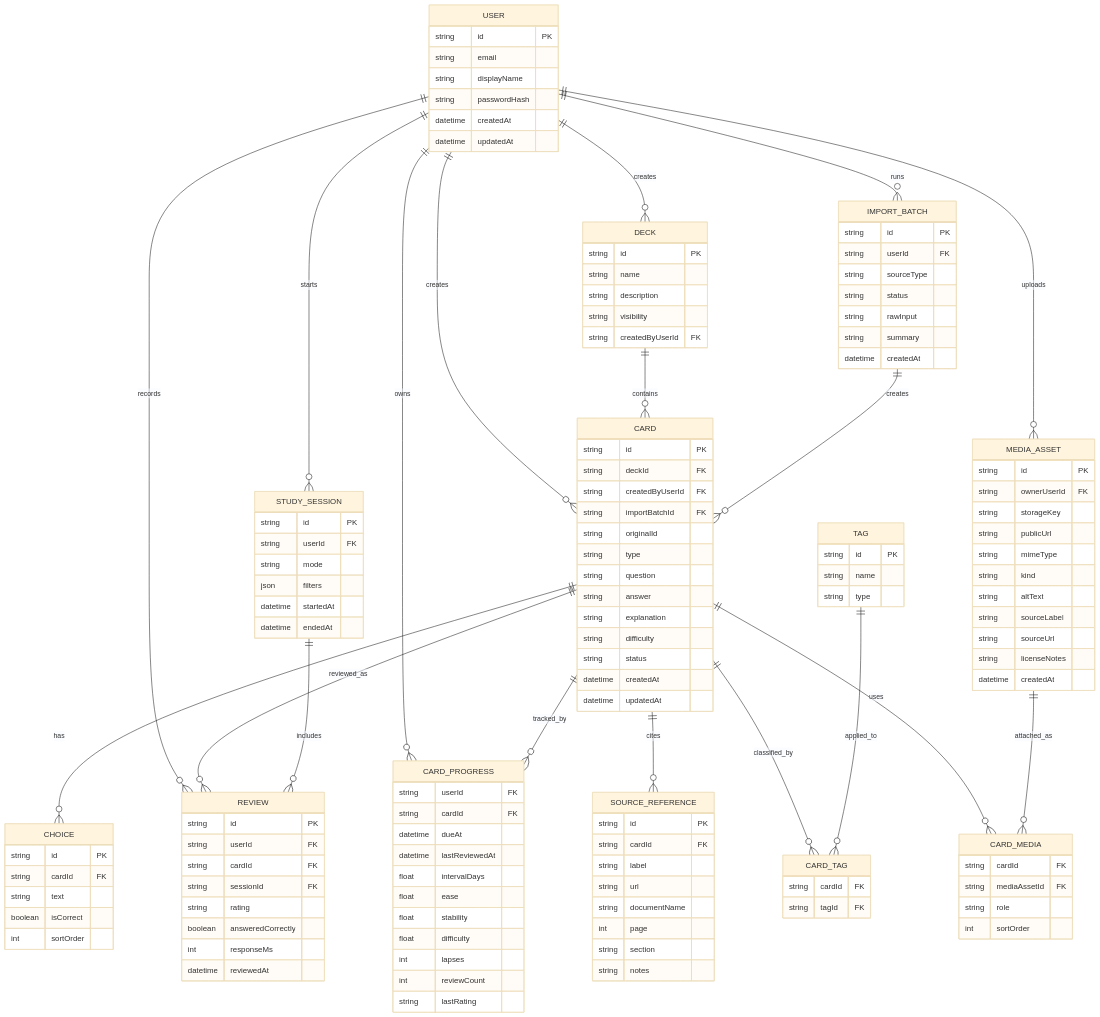
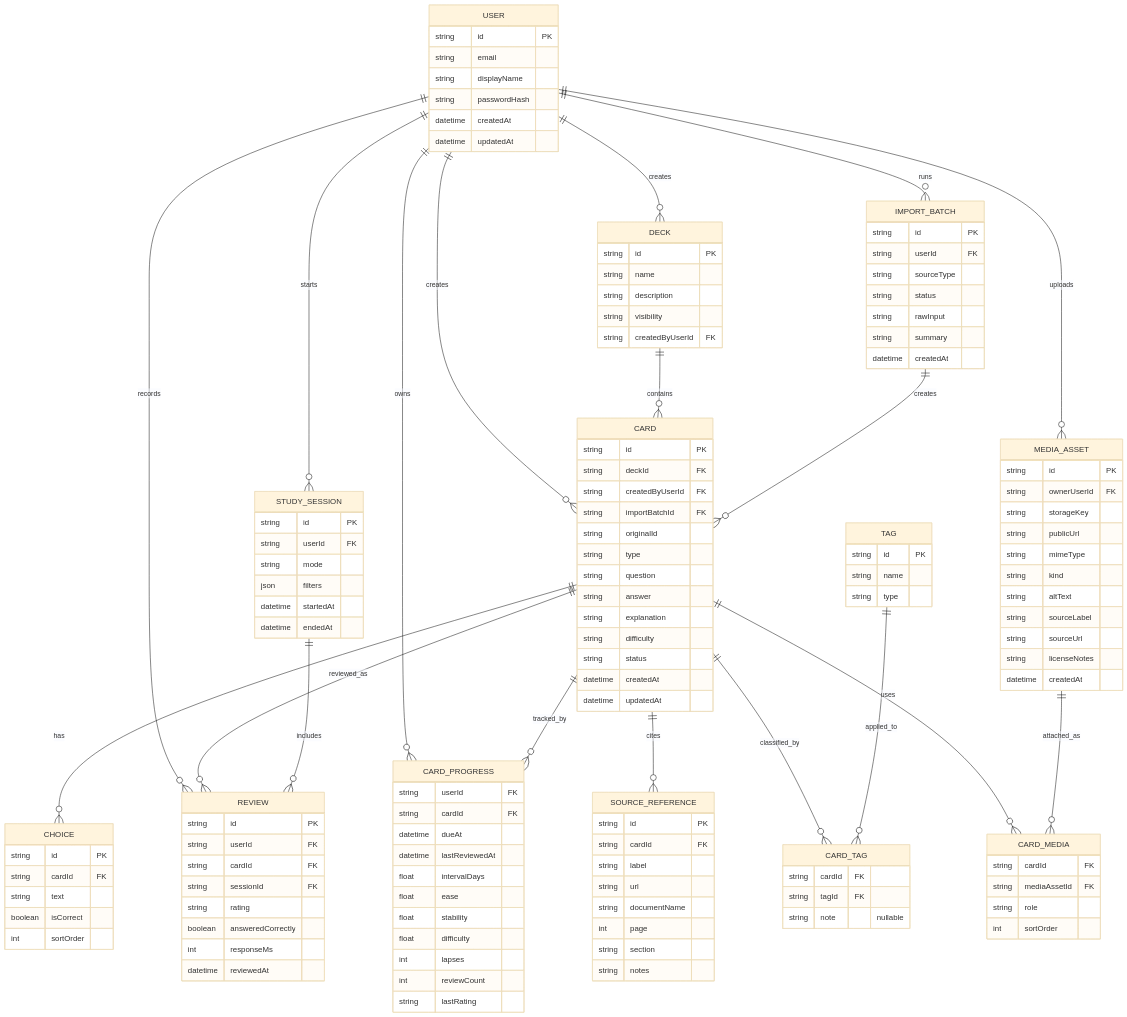
Before and after one commit to maetthu-indermuehle/study_flashcards: the diagram in docs/core_domain_model.md, drawn with Mermaid (base theme). The commit also changed other lines of this file and 6 other files, not shown here.

```diff
--- a/docs/core_domain_model.md
+++ b/docs/core_domain_model.md
@@ -79,6 +79,7 @@
     CARD_TAG {
         string cardId FK
         string tagId FK
+        string note "nullable"
     }
 
     SOURCE_REFERENCE {
```
